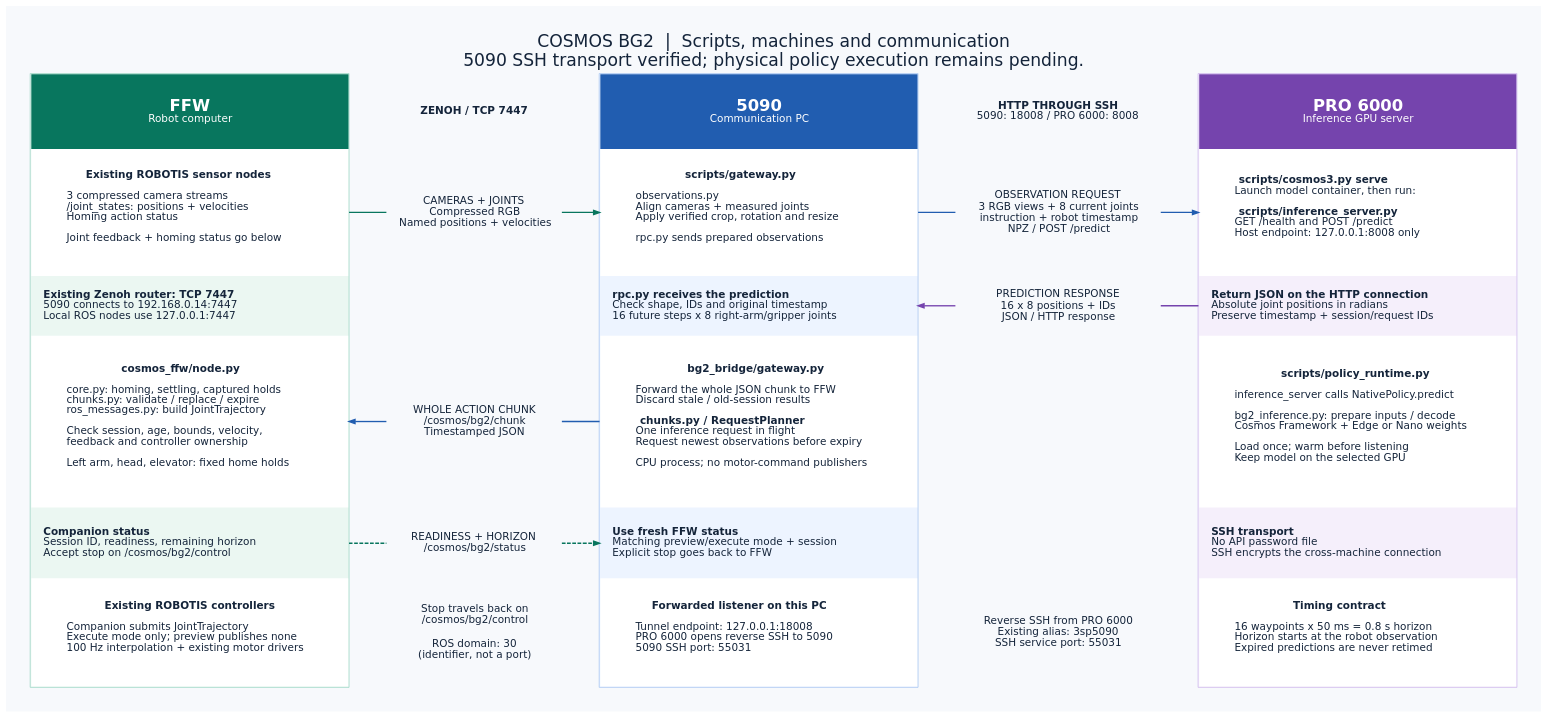
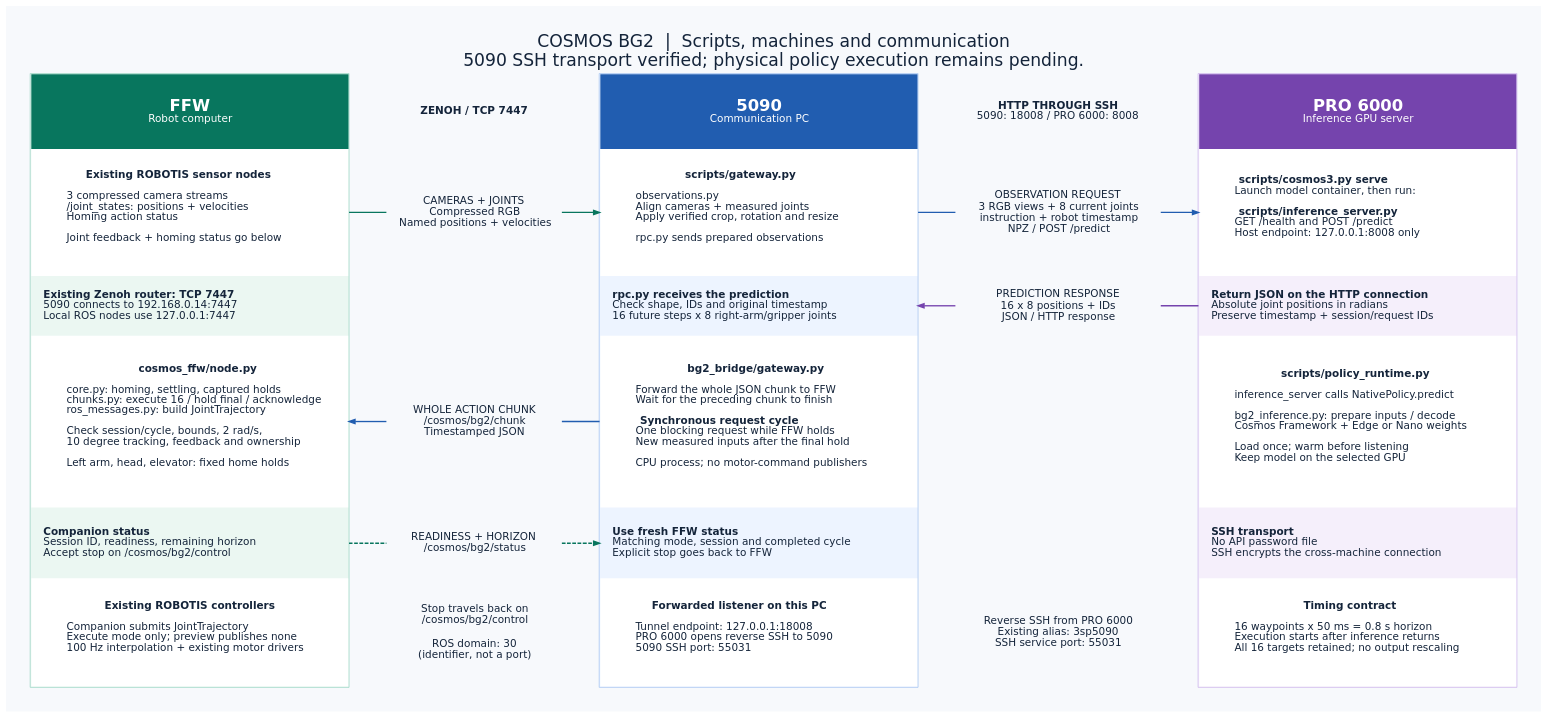
The diagram in docs/diagrams/three_machine_pipeline.dot (ssangjunpark/cosmos_inference_bg2), drawn with Graphviz before and after one commit. The commit also changed 19 other files, not shown here.

Commit message:
Replace async execution with synchronous full chunks and terminal angular stops

```diff
--- a/docs/diagrams/three_machine_pipeline.dot
+++ b/docs/diagrams/three_machine_pipeline.dot
@@ -1,127 +1,127 @@
 digraph cosmos_bg2 {
   graph [rankdir=LR, bgcolor="#F7F9FC", pad="0.45", nodesep="0.4", ranksep="0.7", splines=line,
     fontname="DejaVu Sans", fontsize=23, fontcolor="#14243A", labelloc=t,
     label="COSMOS BG2  |  Scripts, machines and communication\n5090 SSH transport verified; physical policy execution remains pending.\n"];
   node [shape=plain, fontname="DejaVu Sans", fontsize=14, fontcolor="#14243A"];
   edge [fontname="DejaVu Sans", fontsize=12, fontcolor="#334155", penwidth=1.8, arrowsize=0.8];
 
   ffw [label=<
     <TABLE BORDER="1" COLOR="#9BD6C4" CELLBORDER="0" CELLSPACING="0" CELLPADDING="16" BGCOLOR="#EBF7F2">
       <TR><TD WIDTH="425" HEIGHT="100" BGCOLOR="#08765E"><FONT COLOR="white" POINT-SIZE="22"><B>FFW</B></FONT><BR/><FONT COLOR="white">Robot computer</FONT></TD></TR>
       <TR><TD PORT="obs" HEIGHT="170" ALIGN="LEFT" BGCOLOR="white">
         <B>Existing ROBOTIS sensor nodes</B><BR/><BR ALIGN="LEFT"/>
         3 compressed camera streams<BR ALIGN="LEFT"/>
         /joint_states: positions + velocities<BR ALIGN="LEFT"/>
         Homing action status<BR ALIGN="LEFT"/><BR ALIGN="LEFT"/>
         Joint feedback + homing status go below<BR ALIGN="LEFT"/>
       </TD></TR>
       <TR><TD HEIGHT="80" ALIGN="LEFT"><B>Existing Zenoh router: TCP 7447</B><BR ALIGN="LEFT"/>5090 connects to 192.168.0.14:7447<BR ALIGN="LEFT"/>Local ROS nodes use 127.0.0.1:7447<BR ALIGN="LEFT"/></TD></TR>
       <TR><TD PORT="chunk" HEIGHT="230" ALIGN="LEFT" BGCOLOR="white">
         <B>cosmos_ffw/node.py</B><BR/><BR ALIGN="LEFT"/>
         core.py: homing, settling, captured holds<BR ALIGN="LEFT"/>
-        chunks.py: validate / replace / expire<BR ALIGN="LEFT"/>
+        chunks.py: execute 16 / hold final / acknowledge<BR ALIGN="LEFT"/>
         ros_messages.py: build JointTrajectory<BR ALIGN="LEFT"/><BR ALIGN="LEFT"/>
-        Check session, age, bounds, velocity,<BR ALIGN="LEFT"/>
-        feedback and controller ownership<BR ALIGN="LEFT"/><BR ALIGN="LEFT"/>
+        Check session/cycle, bounds, 2 rad/s,<BR ALIGN="LEFT"/>
+        10 degree tracking, feedback and ownership<BR ALIGN="LEFT"/><BR ALIGN="LEFT"/>
         Left arm, head, elevator: fixed home holds<BR ALIGN="LEFT"/>
       </TD></TR>
       <TR><TD PORT="status" HEIGHT="95" ALIGN="LEFT"><B>Companion status</B><BR ALIGN="LEFT"/>Session ID, readiness, remaining horizon<BR ALIGN="LEFT"/>Accept stop on /cosmos/bg2/control<BR ALIGN="LEFT"/></TD></TR>
       <TR><TD HEIGHT="145" ALIGN="LEFT" BGCOLOR="white">
         <B>Existing ROBOTIS controllers</B><BR/><BR ALIGN="LEFT"/>
         Companion submits JointTrajectory<BR ALIGN="LEFT"/>
         Execute mode only; preview publishes none<BR ALIGN="LEFT"/>
         100 Hz interpolation + existing motor drivers<BR ALIGN="LEFT"/>
       </TD></TR>
     </TABLE>
   >];
 
   gateway [label=<
     <TABLE BORDER="1" COLOR="#A7C6F2" CELLBORDER="0" CELLSPACING="0" CELLPADDING="16" BGCOLOR="#EDF4FF">
       <TR><TD WIDTH="425" HEIGHT="100" BGCOLOR="#215DB0"><FONT COLOR="white" POINT-SIZE="22"><B>5090</B></FONT><BR/><FONT COLOR="white">Communication PC</FONT></TD></TR>
       <TR><TD PORT="obs" HEIGHT="170" ALIGN="LEFT" BGCOLOR="white">
         <B>scripts/gateway.py</B><BR/><BR ALIGN="LEFT"/>
         observations.py<BR ALIGN="LEFT"/>
         Align cameras + measured joints<BR ALIGN="LEFT"/>
         Apply verified crop, rotation and resize<BR ALIGN="LEFT"/><BR ALIGN="LEFT"/>
         rpc.py sends prepared observations<BR ALIGN="LEFT"/>
       </TD></TR>
       <TR><TD PORT="reply" HEIGHT="80" ALIGN="LEFT"><B>rpc.py receives the prediction</B><BR ALIGN="LEFT"/>Check shape, IDs and original timestamp<BR ALIGN="LEFT"/>16 future steps x 8 right-arm/gripper joints<BR ALIGN="LEFT"/></TD></TR>
       <TR><TD PORT="chunk" HEIGHT="230" ALIGN="LEFT" BGCOLOR="white">
         <B>bg2_bridge/gateway.py</B><BR/><BR ALIGN="LEFT"/>
         Forward the whole JSON chunk to FFW<BR ALIGN="LEFT"/>
-        Discard stale / old-session results<BR ALIGN="LEFT"/><BR ALIGN="LEFT"/>
-        <B>chunks.py / RequestPlanner</B><BR ALIGN="LEFT"/>
-        One inference request in flight<BR ALIGN="LEFT"/>
-        Request newest observations before expiry<BR ALIGN="LEFT"/><BR ALIGN="LEFT"/>
+        Wait for the preceding chunk to finish<BR ALIGN="LEFT"/><BR ALIGN="LEFT"/>
+        <B>Synchronous request cycle</B><BR ALIGN="LEFT"/>
+        One blocking request while FFW holds<BR ALIGN="LEFT"/>
+        New measured inputs after the final hold<BR ALIGN="LEFT"/><BR ALIGN="LEFT"/>
         CPU process; no motor-command publishers<BR ALIGN="LEFT"/>
       </TD></TR>
-      <TR><TD PORT="status" HEIGHT="95" ALIGN="LEFT"><B>Use fresh FFW status</B><BR ALIGN="LEFT"/>Matching preview/execute mode + session<BR ALIGN="LEFT"/>Explicit stop goes back to FFW<BR ALIGN="LEFT"/></TD></TR>
+      <TR><TD PORT="status" HEIGHT="95" ALIGN="LEFT"><B>Use fresh FFW status</B><BR ALIGN="LEFT"/>Matching mode, session and completed cycle<BR ALIGN="LEFT"/>Explicit stop goes back to FFW<BR ALIGN="LEFT"/></TD></TR>
       <TR><TD HEIGHT="145" ALIGN="LEFT" BGCOLOR="white">
         <B>Forwarded listener on this PC</B><BR/><BR ALIGN="LEFT"/>
         Tunnel endpoint: 127.0.0.1:18008<BR ALIGN="LEFT"/>
         PRO 6000 opens reverse SSH to 5090<BR ALIGN="LEFT"/>
         5090 SSH port: 55031<BR ALIGN="LEFT"/>
       </TD></TR>
     </TABLE>
   >];
 
   pro [label=<
     <TABLE BORDER="1" COLOR="#CEB7EC" CELLBORDER="0" CELLSPACING="0" CELLPADDING="16" BGCOLOR="#F5EFFB">
       <TR><TD WIDTH="425" HEIGHT="100" BGCOLOR="#7544AD"><FONT COLOR="white" POINT-SIZE="22"><B>PRO 6000</B></FONT><BR/><FONT COLOR="white">Inference GPU server</FONT></TD></TR>
       <TR><TD PORT="obs" HEIGHT="170" ALIGN="LEFT" BGCOLOR="white">
         <B>scripts/cosmos3.py serve</B><BR ALIGN="LEFT"/>
         Launch model container, then run:<BR ALIGN="LEFT"/><BR ALIGN="LEFT"/>
         <B>scripts/inference_server.py</B><BR ALIGN="LEFT"/>
         GET /health and POST /predict<BR ALIGN="LEFT"/>
         Host endpoint: 127.0.0.1:8008 only<BR ALIGN="LEFT"/>
       </TD></TR>
       <TR><TD PORT="reply" HEIGHT="80" ALIGN="LEFT"><B>Return JSON on the HTTP connection</B><BR ALIGN="LEFT"/>Absolute joint positions in radians<BR ALIGN="LEFT"/>Preserve timestamp + session/request IDs<BR ALIGN="LEFT"/></TD></TR>
       <TR><TD HEIGHT="230" ALIGN="LEFT" BGCOLOR="white">
         <B>scripts/policy_runtime.py</B><BR/><BR ALIGN="LEFT"/>
         inference_server calls NativePolicy.predict<BR ALIGN="LEFT"/><BR ALIGN="LEFT"/>
         bg2_inference.py: prepare inputs / decode<BR ALIGN="LEFT"/>
         Cosmos Framework + Edge or Nano weights<BR ALIGN="LEFT"/><BR ALIGN="LEFT"/>
         Load once; warm before listening<BR ALIGN="LEFT"/>
         Keep model on the selected GPU<BR ALIGN="LEFT"/>
       </TD></TR>
       <TR><TD HEIGHT="95" ALIGN="LEFT"><B>SSH transport</B><BR ALIGN="LEFT"/>No API password file<BR ALIGN="LEFT"/>SSH encrypts the cross-machine connection<BR ALIGN="LEFT"/></TD></TR>
       <TR><TD HEIGHT="145" ALIGN="LEFT" BGCOLOR="white">
         <B>Timing contract</B><BR/><BR ALIGN="LEFT"/>
         16 waypoints x 50 ms = 0.8 s horizon<BR ALIGN="LEFT"/>
-        Horizon starts at the robot observation<BR ALIGN="LEFT"/>
-        Expired predictions are never retimed<BR ALIGN="LEFT"/>
+        Execution starts after inference returns<BR ALIGN="LEFT"/>
+        All 16 targets retained; no output rescaling<BR ALIGN="LEFT"/>
       </TD></TR>
     </TABLE>
   >];
 
   zenoh [label=<
     <TABLE BORDER="0" CELLBORDER="0" CELLSPACING="0" CELLPADDING="10">
       <TR><TD WIDTH="235" HEIGHT="100"><B>ZENOH / TCP 7447</B></TD></TR>
       <TR><TD PORT="obs" HEIGHT="170">CAMERAS + JOINTS<BR/>Compressed RGB<BR/>Named positions + velocities</TD></TR>
       <TR><TD HEIGHT="80"></TD></TR>
       <TR><TD PORT="chunk" HEIGHT="230">WHOLE ACTION CHUNK<BR/>/cosmos/bg2/chunk<BR/>Timestamped JSON</TD></TR>
       <TR><TD PORT="status" HEIGHT="95">READINESS + HORIZON<BR/>/cosmos/bg2/status</TD></TR>
       <TR><TD HEIGHT="145">Stop travels back on<BR/>/cosmos/bg2/control<BR/><BR/>ROS domain: 30<BR/>(identifier, not a port)</TD></TR>
     </TABLE>
   >];
   ssh [label=<
     <TABLE BORDER="0" CELLBORDER="0" CELLSPACING="0" CELLPADDING="10">
       <TR><TD WIDTH="275" HEIGHT="100"><B>HTTP THROUGH SSH</B><BR/>5090: 18008 / PRO 6000: 8008</TD></TR>
       <TR><TD PORT="obs" HEIGHT="170">OBSERVATION REQUEST<BR/>3 RGB views + 8 current joints<BR/>instruction + robot timestamp<BR/>NPZ / POST /predict</TD></TR>
       <TR><TD PORT="reply" HEIGHT="80">PREDICTION RESPONSE<BR/>16 x 8 positions + IDs<BR/>JSON / HTTP response</TD></TR>
       <TR><TD HEIGHT="230"></TD></TR>
       <TR><TD HEIGHT="95"></TD></TR>
       <TR><TD HEIGHT="145">Reverse SSH from PRO 6000<BR/>Existing alias: 3sp5090<BR/>SSH service port: 55031</TD></TR>
     </TABLE>
   >];
   ffw:obs:e -> zenoh:obs:w [color="#08765E", arrowhead=none];
   zenoh:obs:e -> gateway:obs:w [color="#08765E"];
   gateway:obs:e -> ssh:obs:w [color="#215DB0", arrowhead=none];
   ssh:obs:e -> pro:obs:w [color="#215DB0"];
   pro:reply:w -> ssh:reply:e [color="#7544AD", arrowhead=none, constraint=false];
   ssh:reply:w -> gateway:reply:e [color="#7544AD", constraint=false];
   gateway:chunk:w -> zenoh:chunk:e [color="#215DB0", arrowhead=none, constraint=false];
   zenoh:chunk:w -> ffw:chunk:e [color="#215DB0", constraint=false];
   ffw:status:e -> zenoh:status:w [color="#08765E", style=dashed, arrowhead=none, constraint=false];
   zenoh:status:e -> gateway:status:w [color="#08765E", style=dashed, constraint=false];
 }
```
